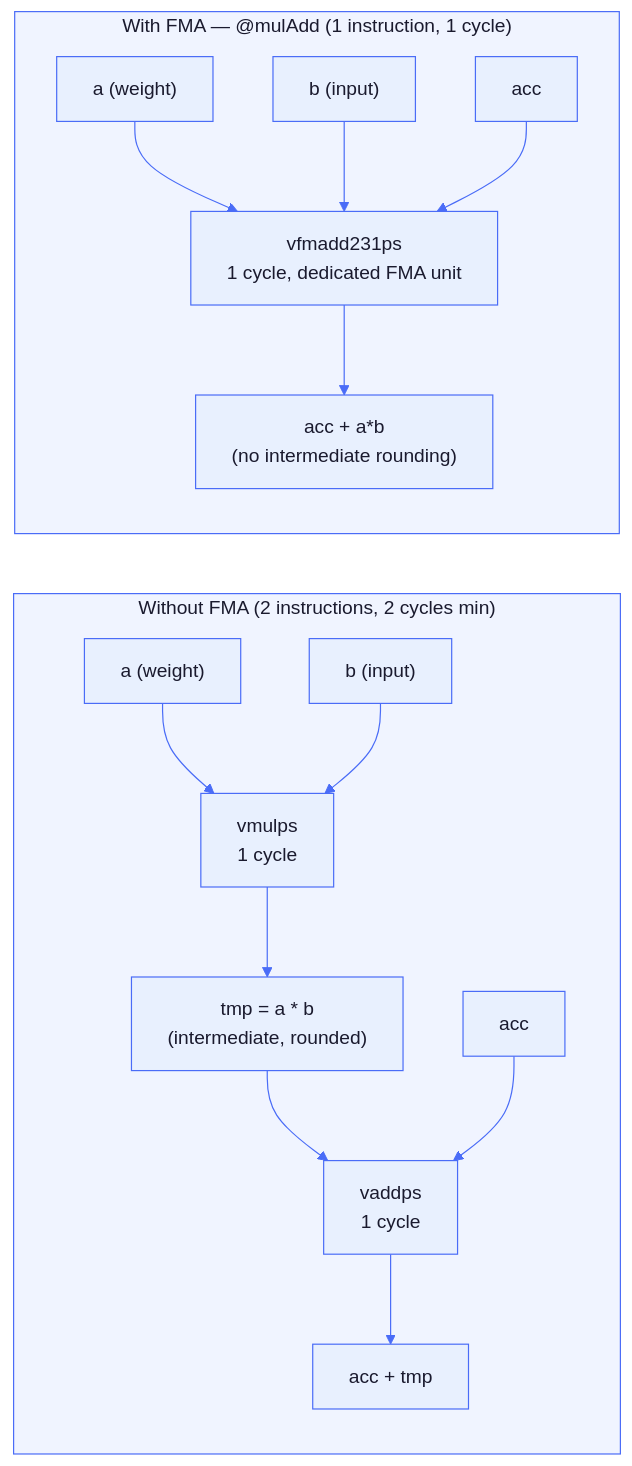
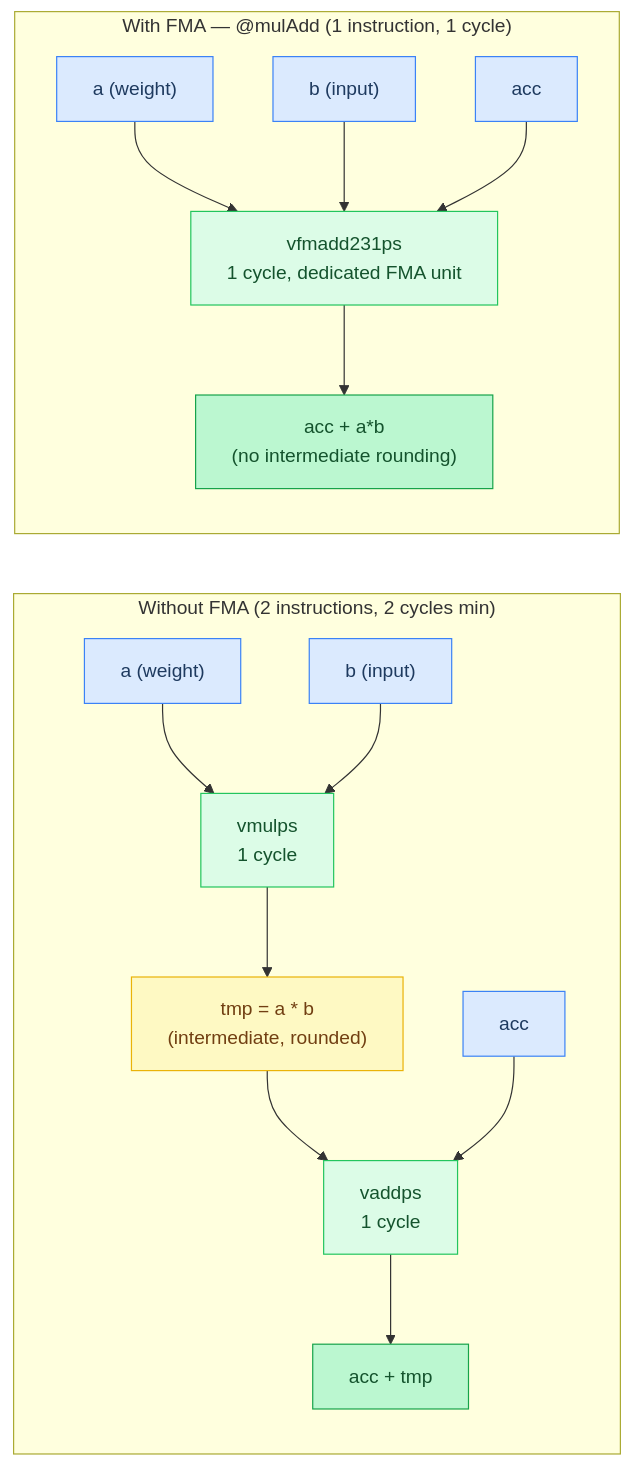
Before and after one commit to maci0/agave: the third of 8 diagrams in docs/tutorial/09-cpu-simd-optimization.md, drawn with Mermaid. The commit also changed other lines of this file and 24 other files, not shown here.

First line of the commit message:
docs: convert all mermaid diagrams to classDef semantic colors

````diff
--- a/docs/tutorial/09-cpu-simd-optimization.md
+++ b/docs/tutorial/09-cpu-simd-optimization.md
@@ -147,34 +137,39 @@
 ```mermaid
-%%{init: {'theme': 'base', 'themeVariables': {
-  'primaryColor': '#e8f0fe',
-  'primaryTextColor': '#1a1a2e',
-  'primaryBorderColor': '#4a6cf7',
-  'lineColor': '#4a6cf7',
-  'secondaryColor': '#f0f4ff',
-  'tertiaryColor': '#f8f9ff',
-  'edgeLabelBackground': '#ffffff',
-  'clusterBkg': '#f0f4ff',
-  'clusterBorder': '#4a6cf7',
-  'titleColor': '#1a1a2e',
-  'nodeTextColor': '#1a1a2e',
-  'fontFamily': 'ui-monospace, SFMono-Regular, monospace'
-}}}%%
 flowchart LR
+    classDef setup     fill:#dbeafe,stroke:#3b82f6,color:#1e3a5f
+    classDef sync      fill:#dcfce7,stroke:#22c55e,color:#14532d
+    classDef migration fill:#fef9c3,stroke:#eab308,color:#713f12
+    classDef success   fill:#bbf7d0,stroke:#16a34a,color:#14532d
+    classDef danger    fill:#fee2e2,stroke:#ef4444,color:#7f1d1d
+    classDef optional  fill:#f3e8ff,stroke:#9333ea,color:#581c87
+
     subgraph Unfused["Without FMA (2 instructions, 2 cycles min)"]
         direction TB
-        u_a["a (weight)"] --> mul["vmulps\n1 cycle"]
-        u_b["b (input)"] --> mul
-        mul --> tmp["tmp = a * b\n(intermediate, rounded)"]
-        tmp --> add["vaddps\n1 cycle"]
-        u_acc["acc"] --> add
-        add --> u_out["acc + tmp"]
+        u_a["a (weight)"]:::setup
+        u_b["b (input)"]:::setup
+        u_acc["acc"]:::setup
+        mul["vmulps\n1 cycle"]:::sync
+        tmp["tmp = a * b\n(intermediate, rounded)"]:::migration
+        add["vaddps\n1 cycle"]:::sync
+        u_out["acc + tmp"]:::success
+        u_a --> mul
+        u_b --> mul
+        mul --> tmp
+        tmp --> add
+        u_acc --> add
+        add --> u_out
     end
 
     subgraph Fused["With FMA — @mulAdd (1 instruction, 1 cycle)"]
         direction TB
-        f_a["a (weight)"] --> fma["vfmadd231ps\n1 cycle, dedicated FMA unit"]
-        f_b["b (input)"] --> fma
-        f_acc["acc"] --> fma
-        fma --> f_out["acc + a*b\n(no intermediate rounding)"]
+        f_a["a (weight)"]:::setup
+        f_b["b (input)"]:::setup
+        f_acc["acc"]:::setup
+        fma["vfmadd231ps\n1 cycle, dedicated FMA unit"]:::sync
+        f_out["acc + a*b\n(no intermediate rounding)"]:::success
+        f_a --> fma
+        f_b --> fma
+        f_acc --> fma
+        fma --> f_out
     end
 ```
````
